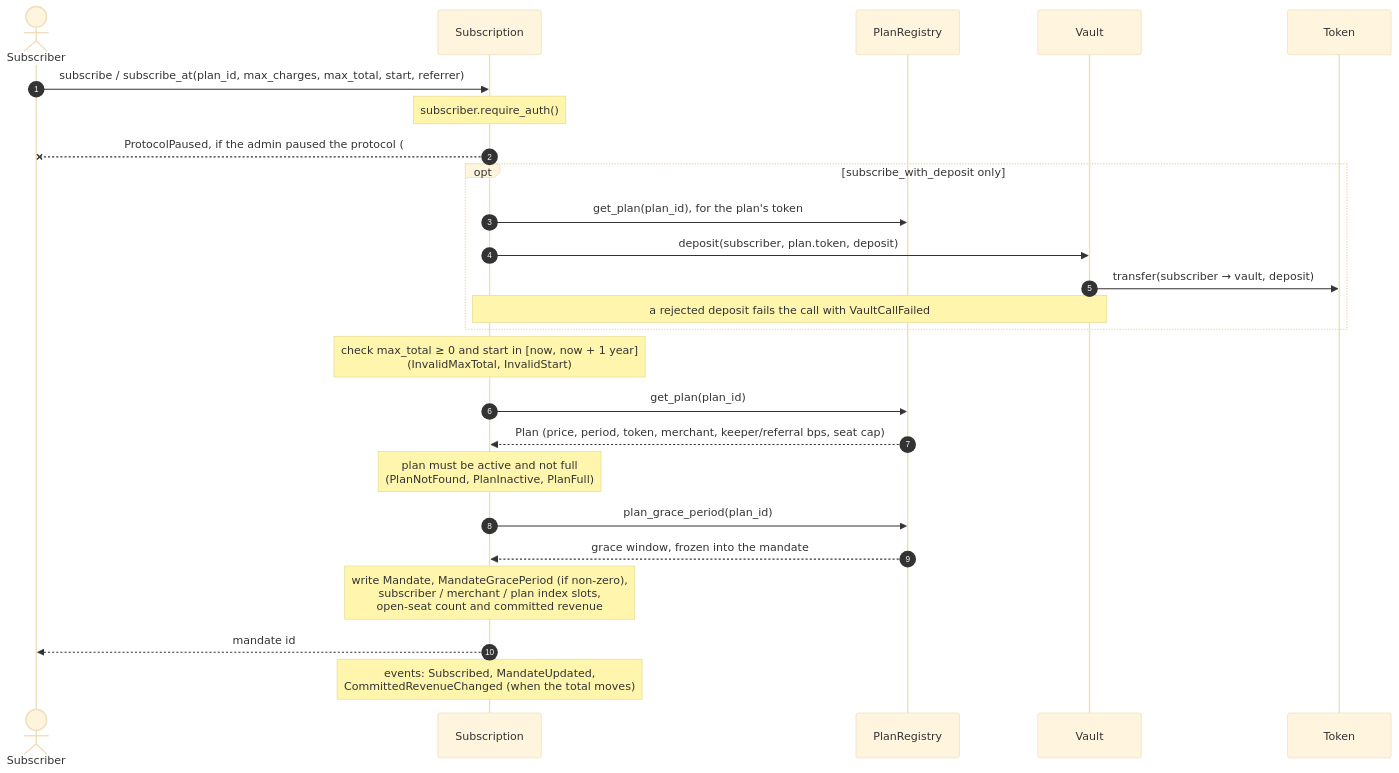
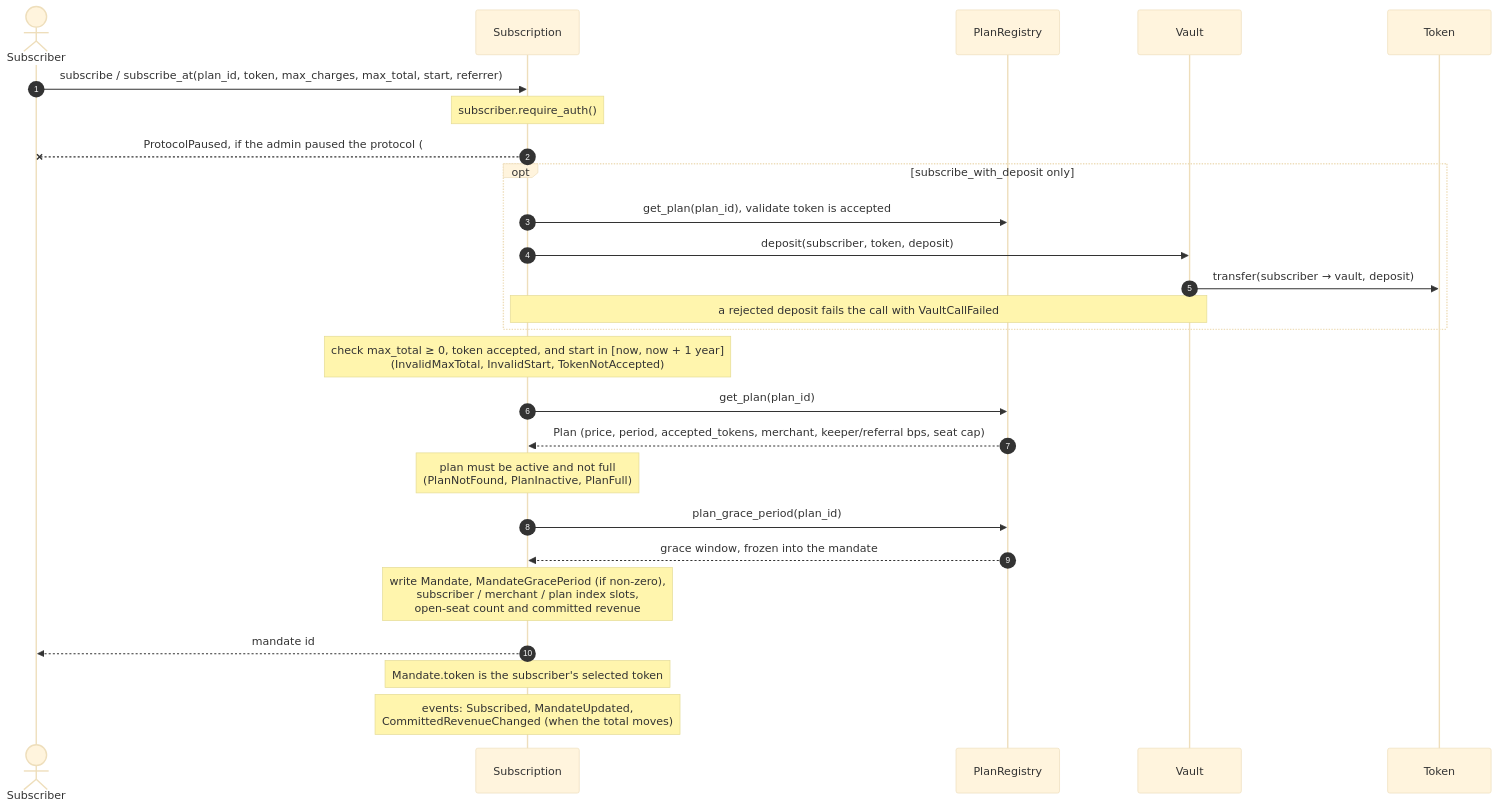
The first of 4 diagrams in docs/sequence-diagrams.md (MMM-pay/payflow-contract), drawn with Mermaid (base theme) before and after one commit. The commit also changed 26 other files, not shown here.

First line of the commit message:
Add multi-token plan support (#416)

````diff
--- a/docs/sequence-diagrams.md
+++ b/docs/sequence-diagrams.md
@@ -32,28 +32,29 @@
 ```mermaid
 sequenceDiagram
     autonumber
     actor S as Subscriber
     participant Sub as Subscription
     participant Reg as PlanRegistry
     participant V as Vault
     participant T as Token
 
-    S->>Sub: subscribe / subscribe_at(plan_id, max_charges, max_total, start, referrer)
+    S->>Sub: subscribe / subscribe_at(plan_id, token, max_charges, max_total, start, referrer)
     Note over Sub: subscriber.require_auth()
     Sub--xS: ProtocolPaused, if the admin paused the protocol (#285)
     opt subscribe_with_deposit only
-        Sub->>Reg: get_plan(plan_id), for the plan's token
-        Sub->>V: deposit(subscriber, plan.token, deposit)
+        Sub->>Reg: get_plan(plan_id), validate token is accepted
+        Sub->>V: deposit(subscriber, token, deposit)
         V->>T: transfer(subscriber → vault, deposit)
         Note over Sub,V: a rejected deposit fails the call with VaultCallFailed
     end
-    Note over Sub: check max_total ≥ 0 and start in [now, now + 1 year]<br/>(InvalidMaxTotal, InvalidStart)
+    Note over Sub: check max_total ≥ 0, token accepted, and start in [now, now + 1 year]<br/>(InvalidMaxTotal, InvalidStart, TokenNotAccepted)
     Sub->>Reg: get_plan(plan_id)
-    Reg-->>Sub: Plan (price, period, token, merchant, keeper/referral bps, seat cap)
+    Reg-->>Sub: Plan (price, period, accepted_tokens, merchant, keeper/referral bps, seat cap)
     Note over Sub: plan must be active and not full<br/>(PlanNotFound, PlanInactive, PlanFull)
     Sub->>Reg: plan_grace_period(plan_id)
     Reg-->>Sub: grace window, frozen into the mandate
     Note over Sub: write Mandate, MandateGracePeriod (if non-zero),<br/>subscriber / merchant / plan index slots,<br/>open-seat count and committed revenue
     Sub-->>S: mandate id
+    Note over Sub: Mandate.token is the subscriber's selected token
     Note over Sub: events: Subscribed, MandateUpdated,<br/>CommittedRevenueChanged (when the total moves)
 ```
````
